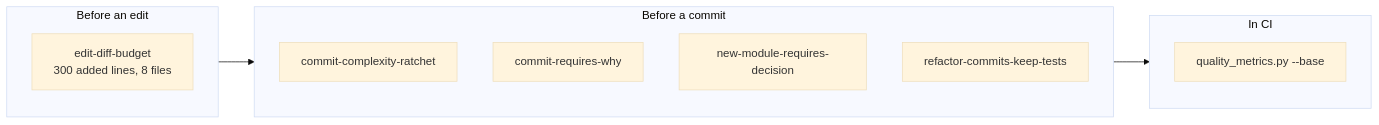
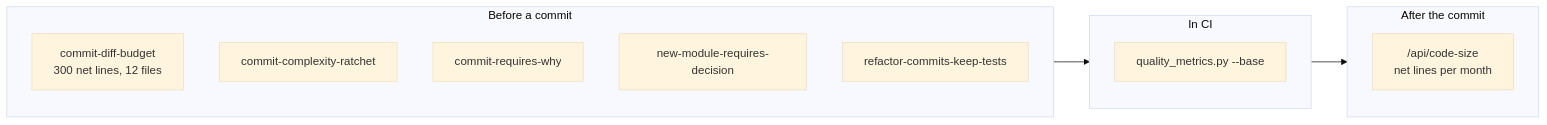
One commit to devnullnoop/MGCP changed the diagram in docs/structured-coding-gates.md. Above: the diagram before and after it, drawn with Mermaid (base theme). The commit also changed other lines of this file and 15 other files, not shown here.

First line of the commit message:
Measure code growth as net lines at the commit

````diff
--- a/docs/structured-coding-gates.md
+++ b/docs/structured-coding-gates.md
@@ -43,16 +43,17 @@
 ```mermaid
 flowchart LR
-  subgraph edit["Before an edit"]
-    E1["edit-diff-budget<br/>300 added lines, 8 files"]
-  end
   subgraph commit["Before a commit"]
-    C1["commit-complexity-ratchet"]
-    C2["commit-requires-why"]
-    C3["new-module-requires-decision"]
-    C4["refactor-commits-keep-tests"]
+    C1["commit-diff-budget<br/>300 net lines, 12 files"]
+    C2["commit-complexity-ratchet"]
+    C3["commit-requires-why"]
+    C4["new-module-requires-decision"]
+    C5["refactor-commits-keep-tests"]
   end
   subgraph ci["In CI"]
     I1["quality_metrics.py --base"]
   end
-  edit --> commit --> ci
+  subgraph panel["After the commit"]
+    P1["/api/code-size<br/>net lines per month"]
+  end
+  commit --> ci --> panel
 ```
````
